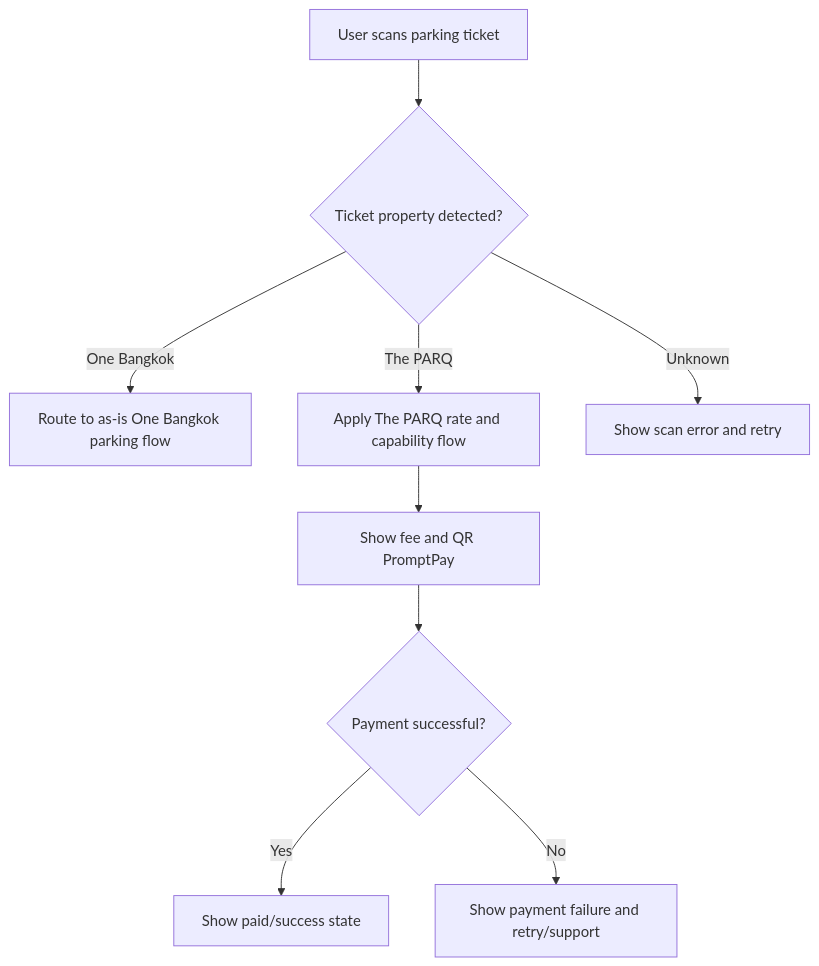
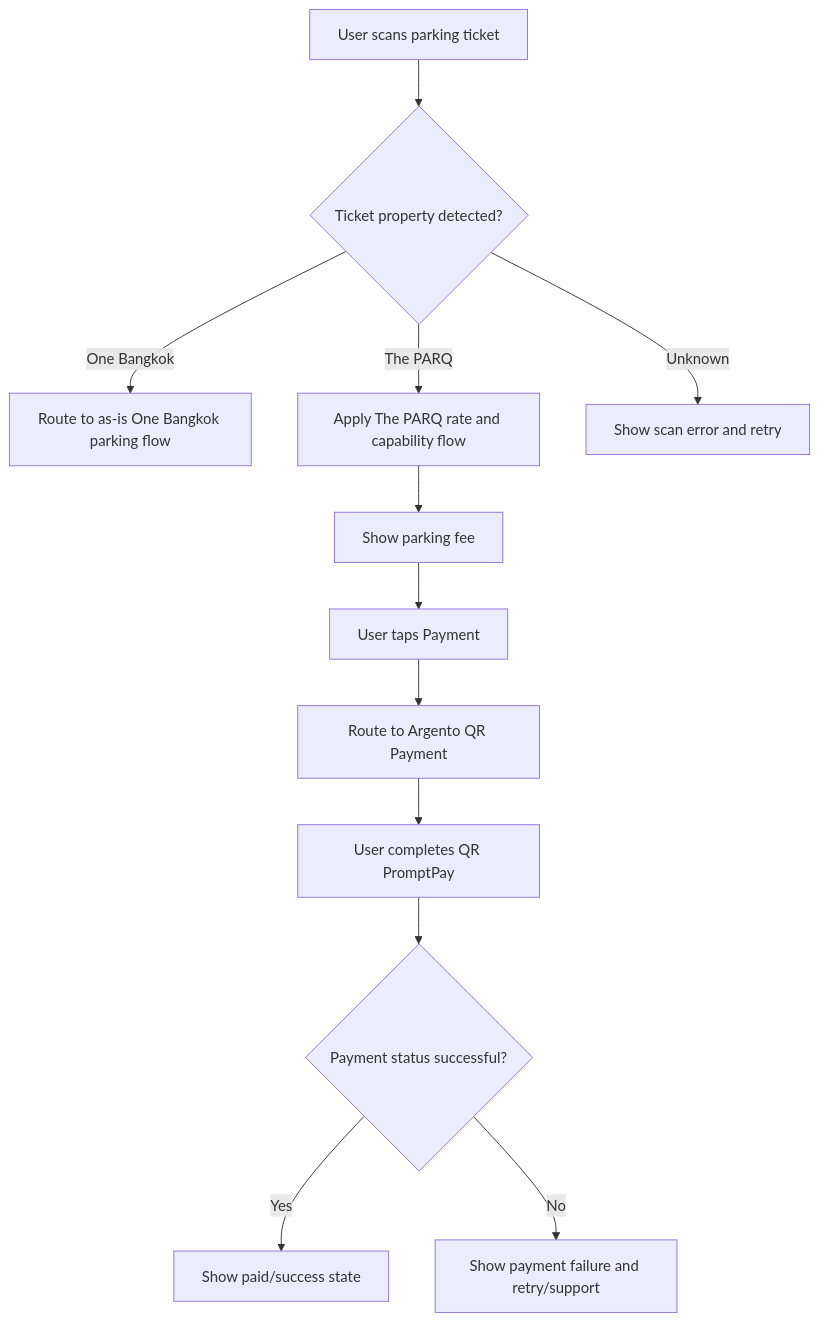
The ninth of 13 diagrams in 02_Discovery/PARQ_Requirement_Specification_and_Scope_of_Work.md (khempaphatama-bas/parq-integration), drawn with Mermaid before and after one commit. The commit also changed other lines of this file and 3 other files, not shown here.

````diff
--- a/02_Discovery/PARQ_Requirement_Specification_and_Scope_of_Work.md
+++ b/02_Discovery/PARQ_Requirement_Specification_and_Scope_of_Work.md
@@ -409,11 +484,14 @@
 ```mermaid
 flowchart TD
     A["User scans parking ticket"] --> B{"Ticket property detected?"}
     B -- "One Bangkok" --> C["Route to as-is One Bangkok parking flow"]
     B -- "The PARQ" --> D["Apply The PARQ rate and capability flow"]
     B -- "Unknown" --> E["Show scan error and retry"]
-    D --> F["Show fee and QR PromptPay"]
-    F --> G{"Payment successful?"}
-    G -- "Yes" --> H["Show paid/success state"]
-    G -- "No" --> I["Show payment failure and retry/support"]
+    D --> F["Show parking fee"]
+    F --> G["User taps Payment"]
+    G --> H["Route to Argento QR Payment"]
+    H --> I["User completes QR PromptPay"]
+    I --> J{"Payment status successful?"}
+    J -- "Yes" --> K["Show paid/success state"]
+    J -- "No" --> L["Show payment failure and retry/support"]
 ```
````
